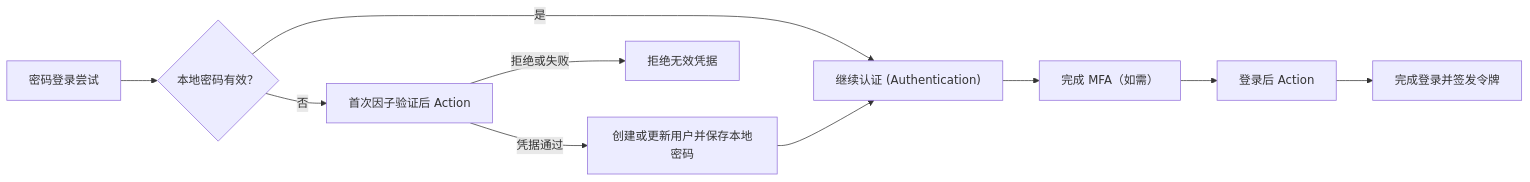
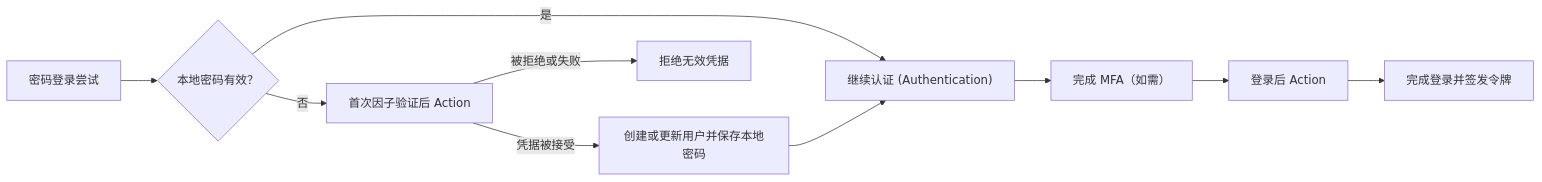
Before and after one commit to logto-io/docs: the diagram in i18n/zh-CN/docusaurus-plugin-content-docs/current/developers/actions/README.mdx, drawn with Mermaid. The commit also changed other lines of this file and 26 other files, not shown here.

````diff
--- a/i18n/zh-CN/docusaurus-plugin-content-docs/current/developers/actions/README.mdx
+++ b/i18n/zh-CN/docusaurus-plugin-content-docs/current/developers/actions/README.mdx
@@ -29,12 +29,12 @@
 ```mermaid
 flowchart LR
   A["密码登录尝试"] --> B{"本地密码有效？"}
   B -->|"是"| E["继续认证 (Authentication)"]
   B -->|"否"| C["首次因子验证后 Action"]
-  C -->|"凭据通过"| D["创建或更新用户并保存本地密码"]
-  C -->|"拒绝或失败"| X["拒绝无效凭据"]
+  C -->|"凭据被接受"| D["创建或更新用户并保存本地密码"]
+  C -->|"被拒绝或失败"| X["拒绝无效凭据"]
   D --> E
   E --> F["完成 MFA（如需）"]
   F --> G["登录后 Action"]
   G --> H["完成登录并签发令牌"]
 ```
````
